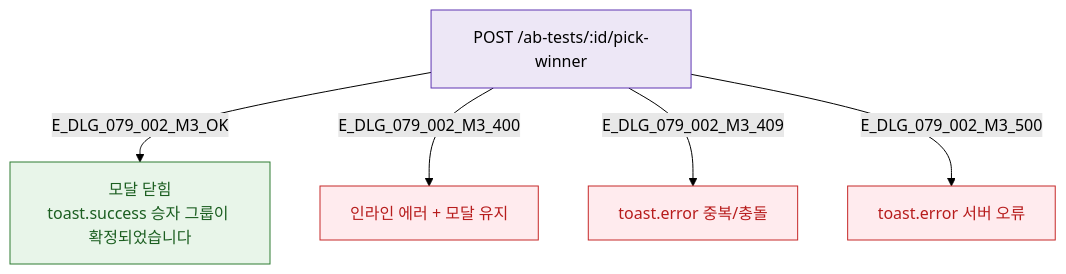
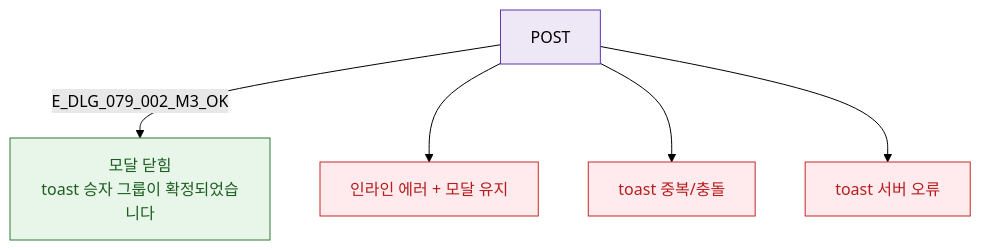
Before and after one commit to dev-spogym/admin-pando: the diagram in docs/다이어그램/D08_마케팅/DLG/DLG-079-002/M3_결과분기.md, drawn with Mermaid (forest theme). The commit also changed other lines of this file and 1660 other files, not shown here.

First line of the commit message:
다이어그램: 기획자/클라이언트 납품본으로 정리

````diff
--- a/docs/다이어그램/D08_마케팅/DLG/DLG-079-002/M3_결과분기.md
+++ b/docs/다이어그램/D08_마케팅/DLG/DLG-079-002/M3_결과분기.md
@@ -14,15 +12,15 @@
 ```mermaid
 flowchart TD
-  API[POST /ab-tests/:id/pick-winner] -->|E_DLG_079_002_M3_OK| SUCCESS[모달 닫힘\ntoast.success 승자 그룹이 확정되었습니다]
-  API -->|E_DLG_079_002_M3_400| ERR_400[인라인 에러 + 모달 유지]
-  API -->|E_DLG_079_002_M3_409| ERR_409[toast.error 중복/충돌]
-  API -->|E_DLG_079_002_M3_500| ERR_500[toast.error 서버 오류]
+  API[POST] -->|E_DLG_079_002_M3_OK|SUCCESS[모달 닫힘\ntoast 승자 그룹이 확정되었습니다]
+  API --> ERR_400[인라인 에러 + 모달 유지]
+  API --> ERR_409[toast 중복/충돌]
+  API --> ERR_500[toast 서버 오류]
 
   classDef success fill:#E8F5E9,stroke:#2E7D32,color:#1B5E20
-  classDef error   fill:#FFEBEE,stroke:#C62828,color:#B71C1C
-  classDef system  fill:#EDE7F6,stroke:#5E35B2
+  classDef error fill:#FFEBEE,stroke:#C62828,color:#B71C1C
+  classDef system fill:#EDE7F6,stroke:#5E35B2
 
   class SUCCESS success
   class ERR_400,ERR_409,ERR_500 error
   class API system
 ```
````
